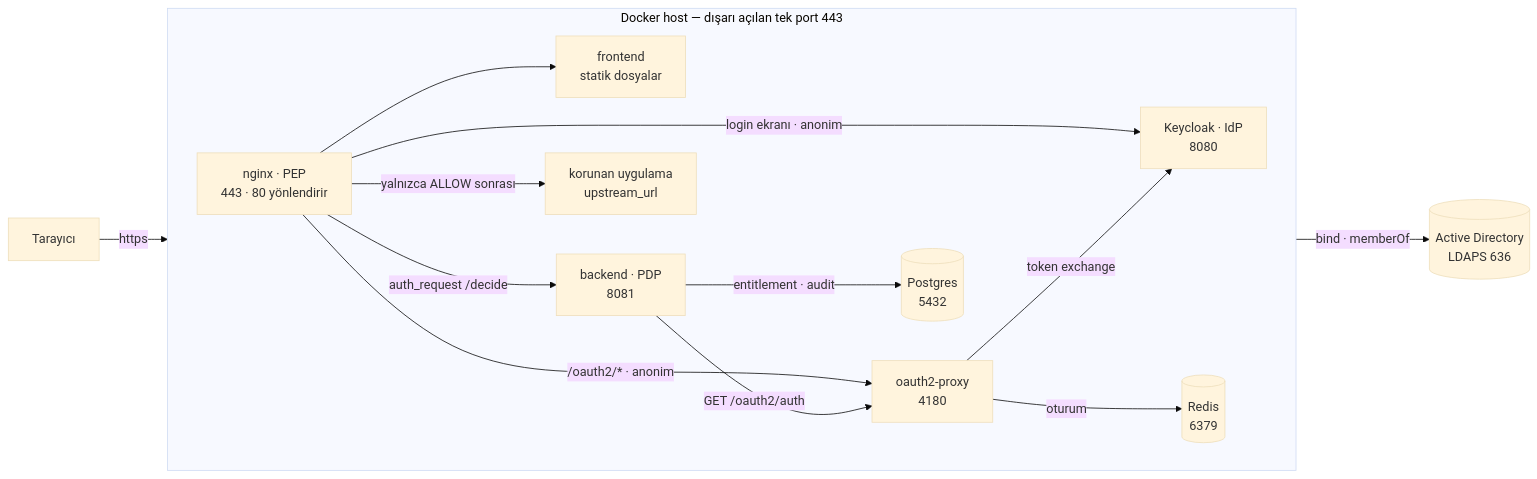
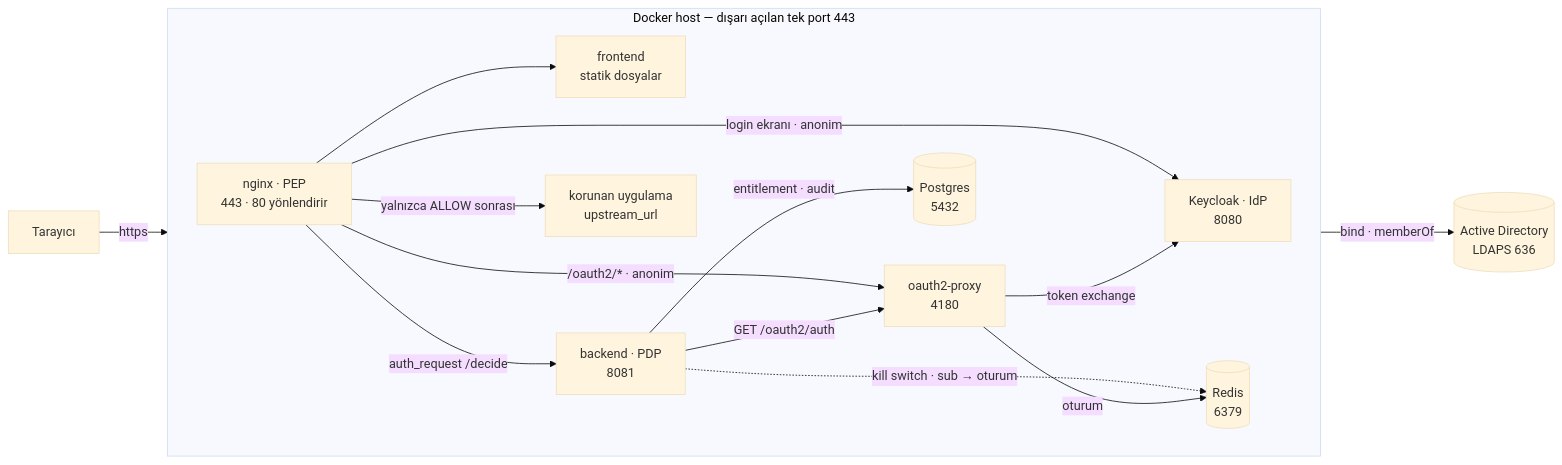
The diagram in README_TR.md (murat-akpinar/OpenBerat), drawn with Mermaid (base theme) before and after one commit. The commit also changed other lines of this file and 27 other files, not shown here.

````diff
--- a/README_TR.md
+++ b/README_TR.md
@@ -28,30 +45,31 @@
 ```mermaid
 flowchart LR
     browser["Tarayıcı"]
 
     subgraph host["Docker host — dışarı açılan tek port 443"]
         direction LR
         nginx["nginx · PEP<br>443 · 80 yönlendirir"]
         frontend["frontend<br>statik dosyalar"]
         backend["backend · PDP<br>8081"]
         o2p["oauth2-proxy<br>4180"]
         kc["Keycloak · IdP<br>8080"]
         pg[("Postgres<br>5432")]
         redis[("Redis<br>6379")]
         app["korunan uygulama<br>upstream_url"]
     end
 
     ad[("Active Directory<br>LDAPS 636")]
 
     browser -->|https| nginx
     nginx --> frontend
     nginx -->|"auth_request /decide"| backend
     nginx -->|"/oauth2/* · anonim"| o2p
     nginx -->|"login ekranı · anonim"| kc
     nginx -->|"yalnızca ALLOW sonrası"| app
     backend -->|"GET /oauth2/auth"| o2p
     backend -->|"entitlement · audit"| pg
+    backend -.->|"kill switch · sub → oturum"| redis
     o2p -->|oturum| redis
     o2p -->|"token exchange"| kc
     kc -->|"bind · memberOf"| ad
 ```
````
